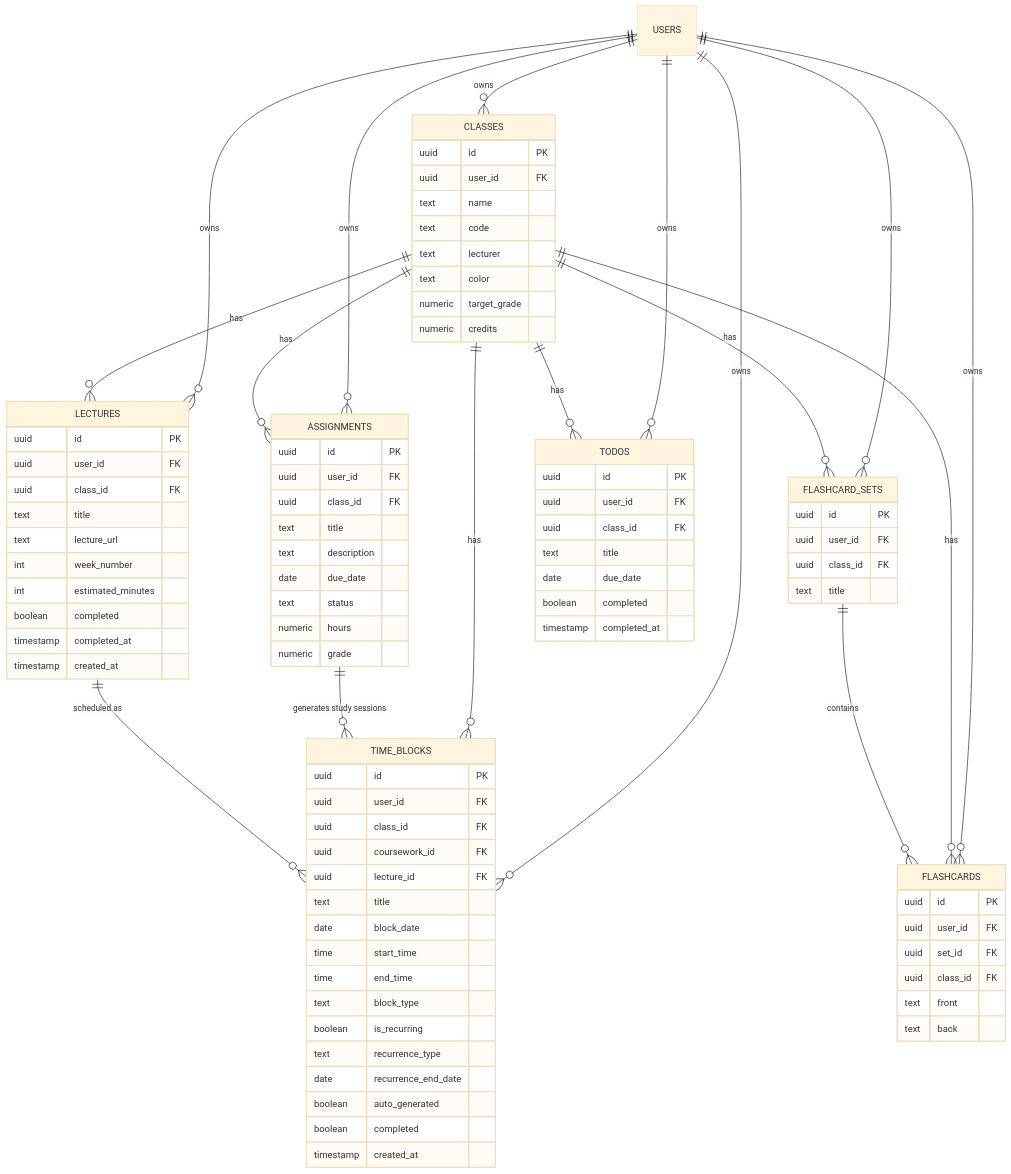
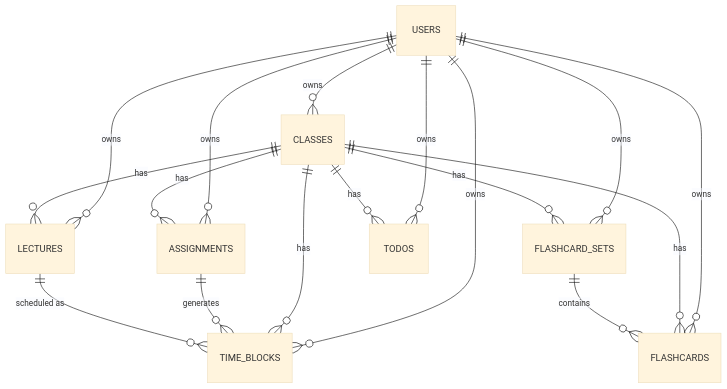
One commit to Iwasnever-here/StudyFlow changed the second of 4 diagrams in README.md. Above: the diagram before and after it, drawn with Mermaid (base theme). The commit also changed other lines of this file, not shown here.

Commit message:
Update README with project details and features

````diff
--- a/README.md
+++ b/README.md
@@ -121,88 +122,7 @@
     CLASSES ||--o{ FLASHCARDS : has
     CLASSES ||--o{ TODOS : has
 
-    ASSIGNMENTS ||--o{ TIME_BLOCKS : "generates study sessions"
+    ASSIGNMENTS ||--o{ TIME_BLOCKS : generates
     LECTURES ||--o{ TIME_BLOCKS : "scheduled as"
     FLASHCARD_SETS ||--o{ FLASHCARDS : contains
-
-    CLASSES {
-        uuid id PK
-        uuid user_id FK
-        text name
-        text code
-        text lecturer
-        text color
-        numeric target_grade
-        numeric credits
-    }
-
-    ASSIGNMENTS {
-        uuid id PK
-        uuid user_id FK
-        uuid class_id FK
-        text title
-        text description
-        date due_date
-        text status
-        numeric hours
-        numeric grade
-    }
-
-    LECTURES {
-        uuid id PK
-        uuid user_id FK
-        uuid class_id FK
-        text title
-        text lecture_url
-        int week_number
-        int estimated_minutes
-        boolean completed
-        timestamp completed_at
-        timestamp created_at
-    }
-
-    TIME_BLOCKS {
-        uuid id PK
-        uuid user_id FK
-        uuid class_id FK
-        uuid coursework_id FK
-        uuid lecture_id FK
-        text title
-        date block_date
-        time start_time
-        time end_time
-        text block_type
-        boolean is_recurring
-        text recurrence_type
-        date recurrence_end_date
-        boolean auto_generated
-        boolean completed
-        timestamp created_at
-    }
-
-    FLASHCARD_SETS {
-        uuid id PK
-        uuid user_id FK
-        uuid class_id FK
-        text title
-    }
-
-    FLASHCARDS {
-        uuid id PK
-        uuid user_id FK
-        uuid set_id FK
-        uuid class_id FK
-        text front
-        text back
-    }
-
-    TODOS {
-        uuid id PK
-        uuid user_id FK
-        uuid class_id FK
-        text title
-        date due_date
-        boolean completed
-        timestamp completed_at
-    }
 ```
````
